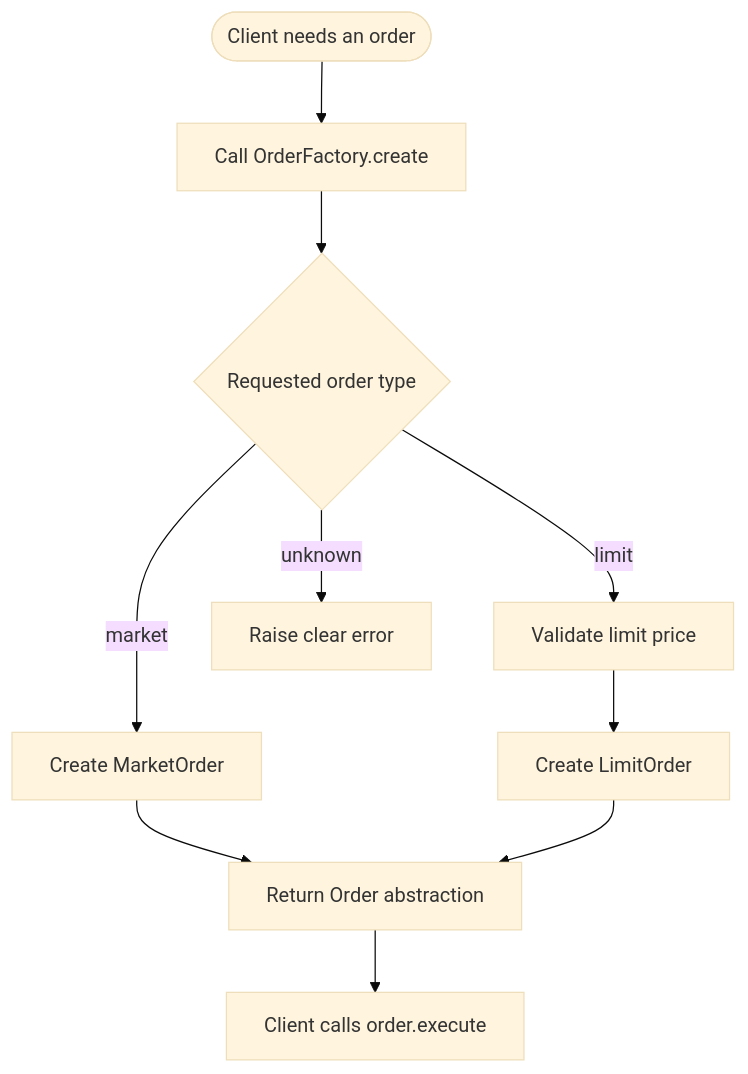
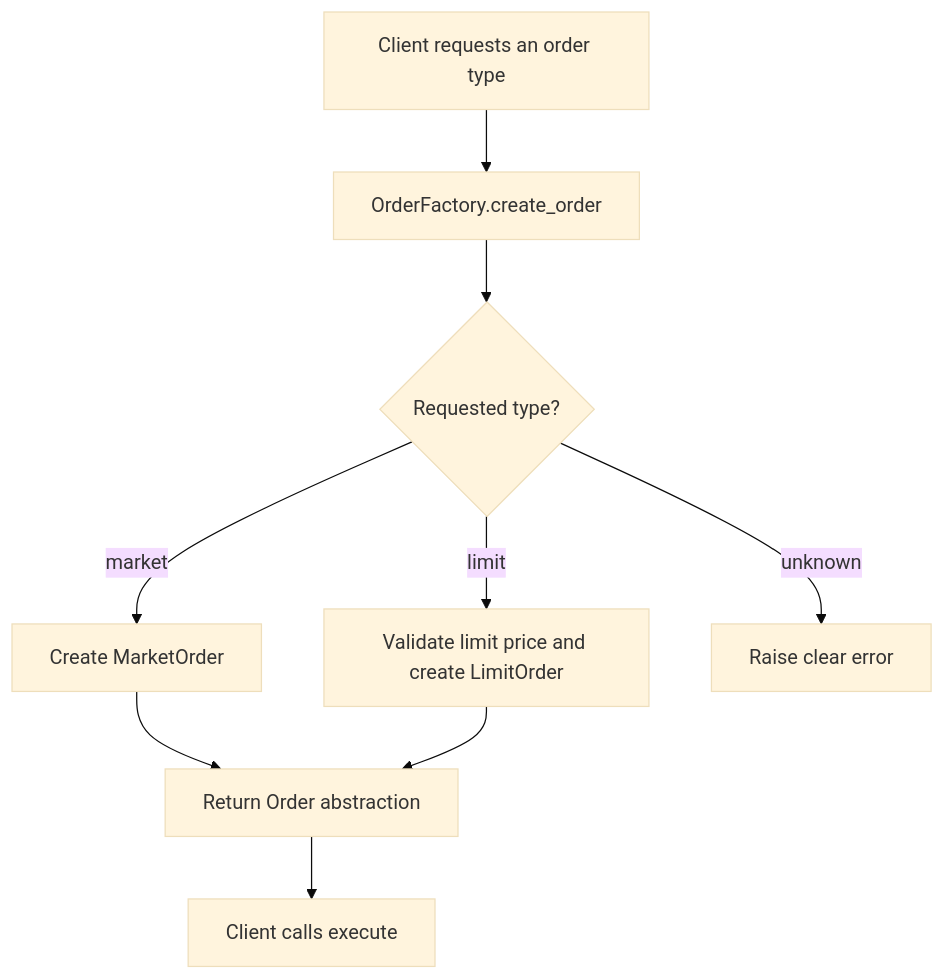
One commit to Jainparth22/ION_interview_helpful changed the fourth of 9 diagrams in Design Patterns 101 --- Creational Design Patterns.md. Above: the diagram before and after it, drawn with Mermaid (base theme). The commit also changed other lines of this file, not shown here.

````diff
--- a/Design Patterns 101 --- Creational Design Patterns.md
+++ b/Design Patterns 101 --- Creational Design Patterns.md
@@ -2150,23 +267,11 @@
-``` mermaid
-
+```mermaid
 flowchart TD
-
-    A([Client needs an order]) --> B[Call OrderFactory.create]
-
-    B --> C{Requested order type}
-
-    C -- market --> D[Create MarketOrder]
-
-    C -- limit --> E[Validate limit price]
-
-    E --> F[Create LimitOrder]
-
-    C -- unknown --> G[Raise clear error]
-
-    D --> H[Return Order abstraction]
-
-    F --> H
-
-    H --> I[Client calls order.execute]
-
+    A[Client requests an order type] --> B[OrderFactory.create_order]
+    B --> C{Requested type?}
+    C -- market --> D[Create MarketOrder]
+    C -- limit --> E[Validate limit price and create LimitOrder]
+    C -- unknown --> F[Raise clear error]
+    D --> G[Return Order abstraction]
+    E --> G
+    G --> H[Client calls execute]
 ```
````
